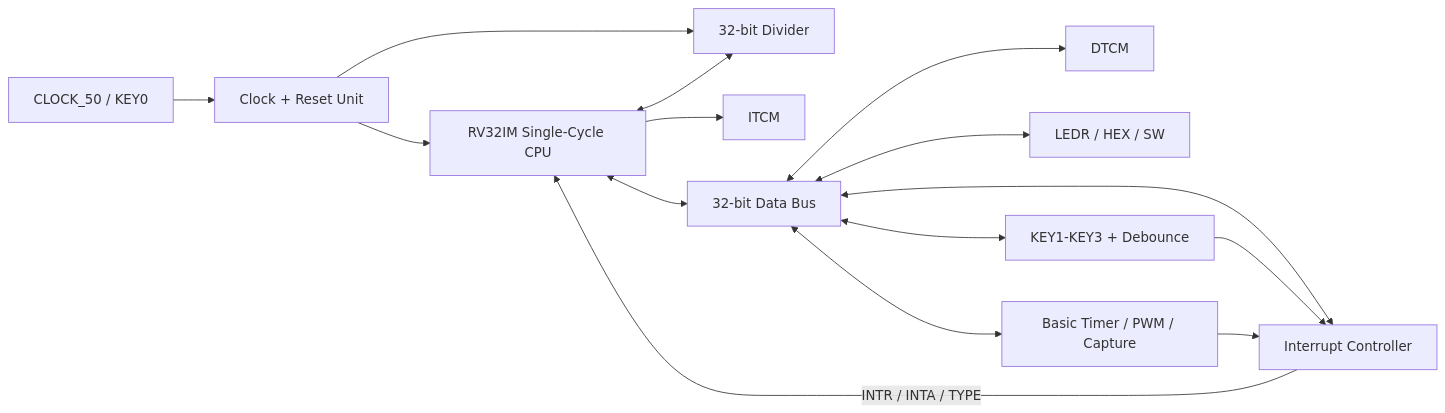
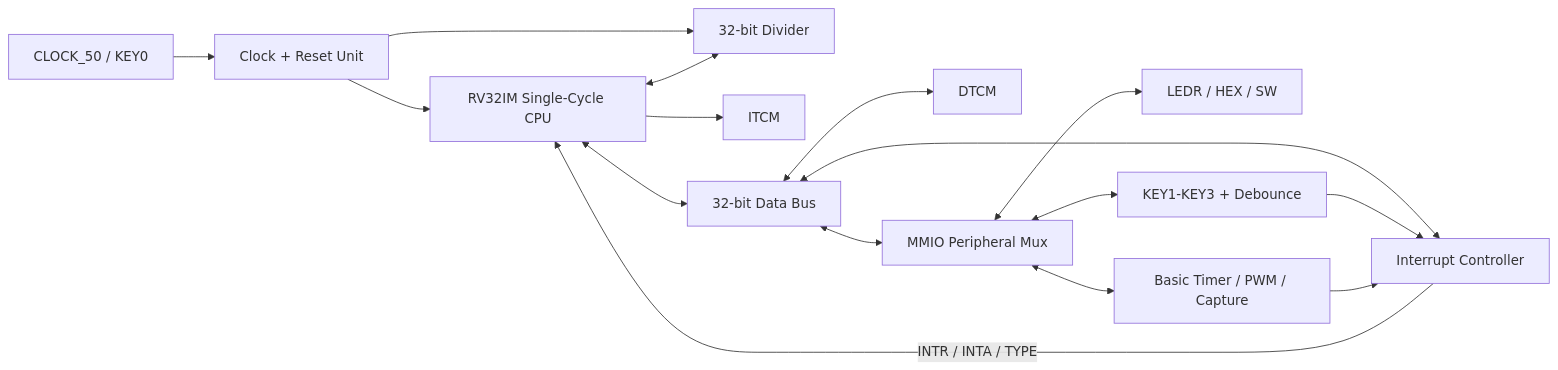
One commit to noamkorinperi/VHDL_LAB_final changed the diagram in DOC/ARCHITECTURE.md. Above: the diagram before and after it, drawn with Mermaid. The commit also changed other lines of this file and 21 other files, not shown here.

````diff
--- a/DOC/ARCHITECTURE.md
+++ b/DOC/ARCHITECTURE.md
@@ -16,17 +16,18 @@
 ```mermaid
 flowchart LR
     CLOCK["CLOCK_50 / KEY0"] --> CRU["Clock + Reset Unit"]
     CRU --> CPU["RV32IM Single-Cycle CPU"]
     CRU --> DIV["32-bit Divider"]
     CPU --> ITCM["ITCM"]
     CPU <--> BUS["32-bit Data Bus"]
     BUS <--> DTCM["DTCM"]
-    BUS <--> GPIO["LEDR / HEX / SW"]
-    BUS <--> PB["KEY1-KEY3 + Debounce"]
-    BUS <--> TIMER["Basic Timer / PWM / Capture"]
+    BUS <--> PERIPH["MMIO Peripheral Mux"]
+    PERIPH <--> GPIO["LEDR / HEX / SW"]
+    PERIPH <--> PB["KEY1-KEY3 + Debounce"]
+    PERIPH <--> TIMER["Basic Timer / PWM / Capture"]
     BUS <--> INTC["Interrupt Controller"]
     CPU <--> DIV
     PB --> INTC
     TIMER --> INTC
     INTC -->|"INTR / INTA / TYPE"| CPU
 ```
````
